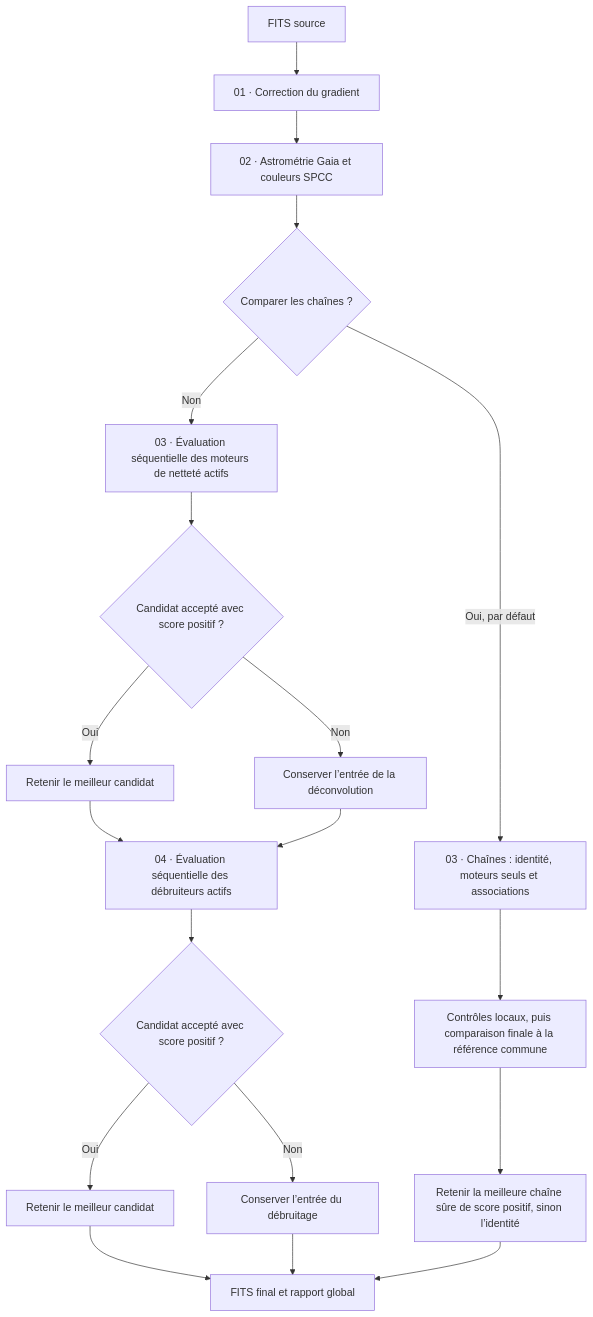
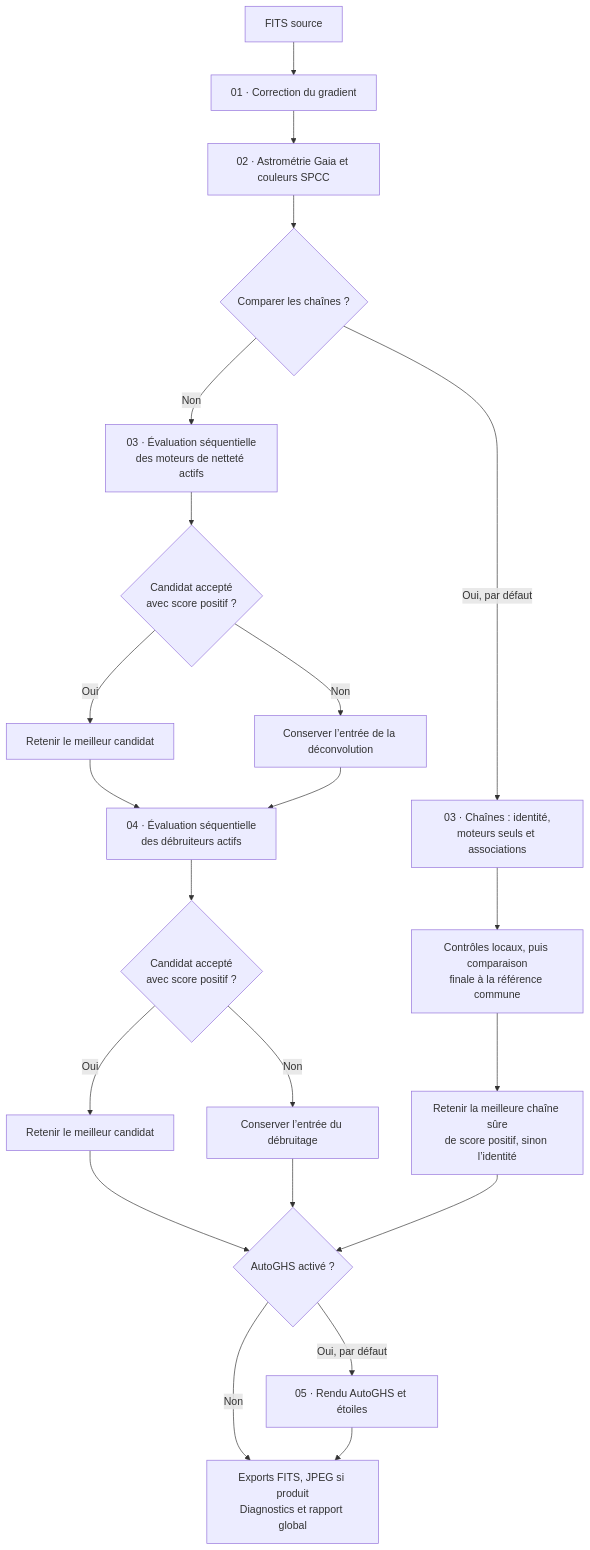
One commit to dgedgedge/SirilProcessing changed the diagram in docs/scripts/postProcess/README.md. Above: the diagram before and after it, drawn with Mermaid. The commit also changed other lines of this file and 13 other files, not shown here.

First line of the commit message:
Improve A4 documentation exports and verify diagram workflows

````diff
--- a/docs/scripts/postProcess/README.md
+++ b/docs/scripts/postProcess/README.md
@@ -91,21 +91,24 @@
 ```mermaid
 flowchart TD
     A["FITS source"] --> G["01 · Correction du gradient"]
     G --> P["02 · Astrométrie Gaia et couleurs SPCC"]
     P --> C{"Comparer les chaînes ?"}
-    C -->|Non| D["03 · Évaluation séquentielle des moteurs de netteté actifs"]
-    D --> V{"Candidat accepté avec score positif ?"}
+    C -->|Non| D["03 · Évaluation séquentielle<br/>des moteurs de netteté actifs"]
+    D --> V{"Candidat accepté<br/>avec score positif ?"}
     V -->|Oui| S["Retenir le meilleur candidat"]
     V -->|Non| E["Conserver l’entrée de la déconvolution"]
-    S --> N["04 · Évaluation séquentielle des débruiteurs actifs"]
+    S --> N["04 · Évaluation séquentielle<br/>des débruiteurs actifs"]
     E --> N
-    N --> Q{"Candidat accepté avec score positif ?"}
+    N --> Q{"Candidat accepté<br/>avec score positif ?"}
     Q -->|Oui| B["Retenir le meilleur candidat"]
     Q -->|Non| O["Conserver l’entrée du débruitage"]
-    C -->|Oui, par défaut| H["03 · Chaînes : identité, moteurs seuls et associations"]
-    H --> I["Contrôles locaux, puis comparaison finale à la référence commune"]
-    I --> T["Retenir la meilleure chaîne sûre de score positif, sinon l’identité"]
-    B --> R["FITS final et rapport global"]
-    O --> R
-    T --> R
+    C -->|Oui, par défaut| H["03 · Chaînes : identité,<br/>moteurs seuls et associations"]
+    H --> I["Contrôles locaux, puis comparaison<br/>finale à la référence commune"]
+    I --> T["Retenir la meilleure chaîne sûre<br/>de score positif, sinon l’identité"]
+    B --> U{"AutoGHS activé ?"}
+    O --> U
+    T --> U
+    U -->|Oui, par défaut| F["05 · Rendu AutoGHS et étoiles"]
+    U -->|Non| R["Exports FITS, JPEG si produit<br/>Diagnostics et rapport global"]
+    F --> R
 ```
````
